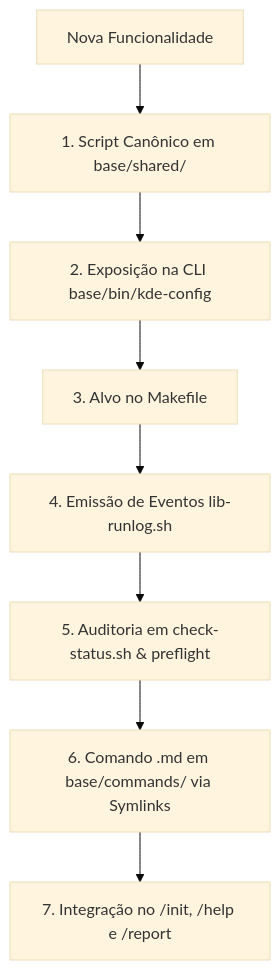
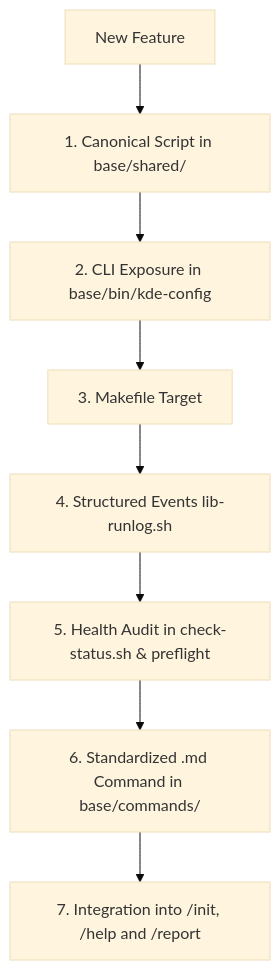
One commit to renanbs/kde-wayland-suite changed the diagram in base/skills/linux-wayland-suite-architecture/SKILL.md. Above: the diagram before and after it, drawn with Mermaid (base theme). The commit also changed other lines of this file and 41 other files, not shown here.

````diff
--- a/base/skills/linux-wayland-suite-architecture/SKILL.md
+++ b/base/skills/linux-wayland-suite-architecture/SKILL.md
@@ -15,10 +15,10 @@
 ```mermaid
 flowchart TD
-    A[Nova Funcionalidade] --> B[1. Script Canônico em base/shared/]
-    B --> C[2. Exposição na CLI base/bin/kde-config]
-    C --> D[3. Alvo no Makefile]
-    D --> E[4. Emissão de Eventos lib-runlog.sh]
-    E --> F[5. Auditoria em check-status.sh & preflight]
-    F --> G[6. Comando .md em base/commands/ via Symlinks]
-    G --> H[7. Integração no /init, /help e /report]
+    A[New Feature] --> B[1. Canonical Script in base/shared/]
+    B --> C[2. CLI Exposure in base/bin/kde-config]
+    C --> D[3. Makefile Target]
+    D --> E[4. Structured Events lib-runlog.sh]
+    E --> F[5. Health Audit in check-status.sh & preflight]
+    F --> G[6. Standardized .md Command in base/commands/]
+    G --> H[7. Integration into /init, /help and /report]
 ```
````
